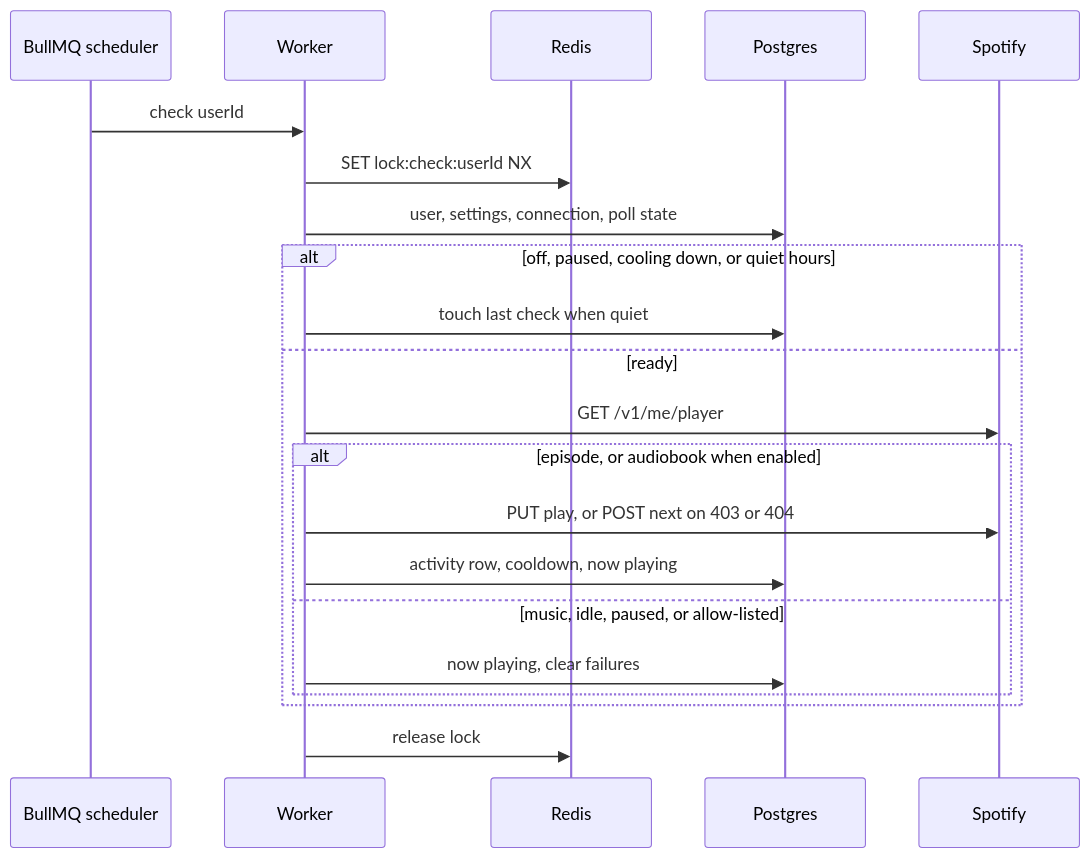
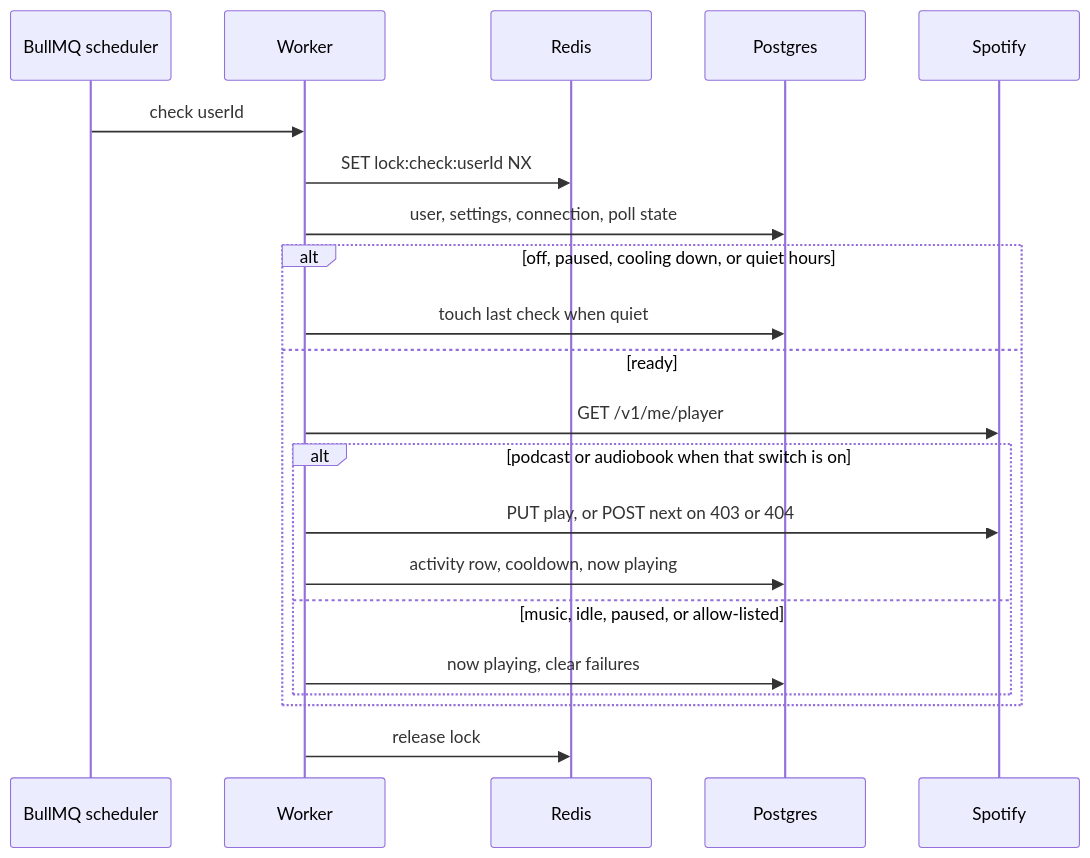
The second of 2 diagrams in docs/ARCHITECTURE.md (Mithridates01/onlysongs.io), drawn with Mermaid before and after one commit. The commit also changed other lines of this file and 21 other files, not shown here.

````diff
--- a/docs/ARCHITECTURE.md
+++ b/docs/ARCHITECTURE.md
@@ -84,24 +84,24 @@
 ```mermaid
 sequenceDiagram
   participant Scheduler as BullMQ scheduler
   participant Worker
   participant Redis
   participant DB as Postgres
   participant Spotify
 
   Scheduler->>Worker: check userId
   Worker->>Redis: SET lock:check:userId NX
   Worker->>DB: user, settings, connection, poll state
   alt off, paused, cooling down, or quiet hours
     Worker->>DB: touch last check when quiet
   else ready
     Worker->>Spotify: GET /v1/me/player
-    alt episode, or audiobook when enabled
+    alt podcast or audiobook when that switch is on
       Worker->>Spotify: PUT play, or POST next on 403 or 404
       Worker->>DB: activity row, cooldown, now playing
     else music, idle, paused, or allow-listed
       Worker->>DB: now playing, clear failures
     end
   end
   Worker->>Redis: release lock
 ```
````
